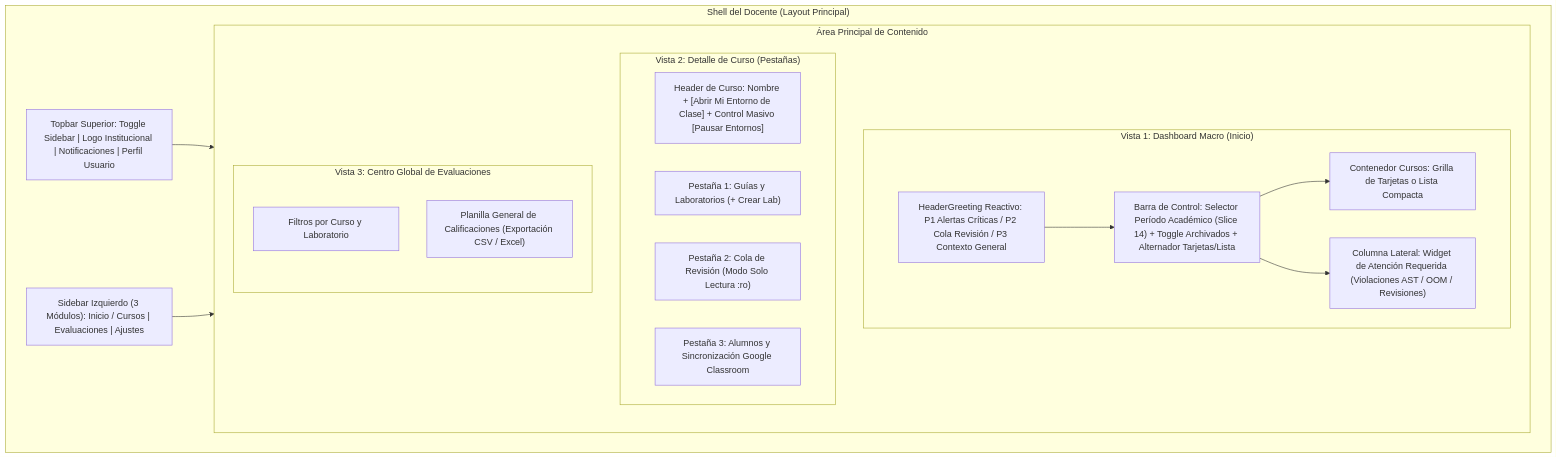
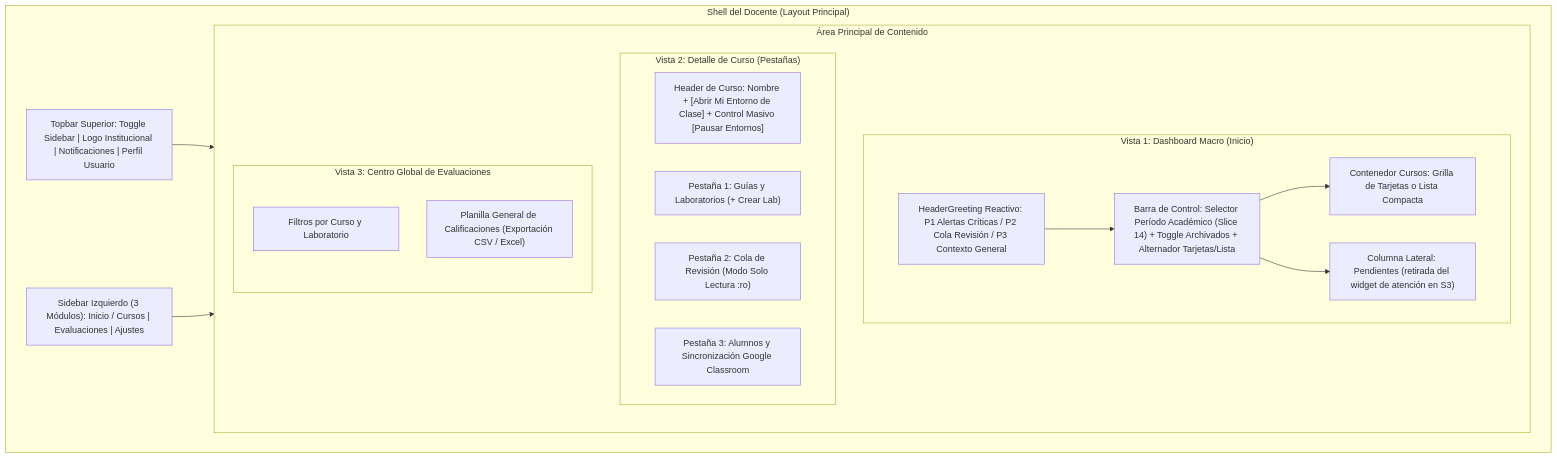
The diagram in docs/UI/DOCENTE/DASHBOARD.md (AlvaroRiveraCarhuani/SOLV_PG), drawn with Mermaid before and after one commit. The commit also changed 27 other files, not shown here.

````diff
--- a/docs/UI/DOCENTE/DASHBOARD.md
+++ b/docs/UI/DOCENTE/DASHBOARD.md
@@ -13,34 +13,34 @@
 ```mermaid
 graph TD
     subgraph ShellDocente ["Shell del Docente (Layout Principal)"]
         Topbar["Topbar Superior: Toggle Sidebar | Logo Institucional | Notificaciones | Perfil Usuario"]
         Sidebar["Sidebar Izquierdo (3 Módulos): Inicio / Cursos | Evaluaciones | Ajustes"]
         
         subgraph MainContent ["Área Principal de Contenido"]
             subgraph VistaDashboard ["Vista 1: Dashboard Macro (Inicio)"]
                 GreetingDocente["HeaderGreeting Reactivo: P1 Alertas Críticas / P2 Cola Revisión / P3 Contexto General"]
                 FiltrosHeader["Barra de Control: Selector Período Académico (Slice 14) + Toggle Archivados + Alternador Tarjetas/Lista"]
                 ColCursos["Contenedor Cursos: Grilla de Tarjetas o Lista Compacta"]
-                ColAtencion["Columna Lateral: Widget de Atención Requerida (Violaciones AST / OOM / Revisiones)"]
+                ColAtencion["Columna Lateral: Pendientes (retirada del widget de atención en S3)"]
             end
             
             subgraph VistaCursoDetail ["Vista 2: Detalle de Curso (Pestañas)"]
                 CursoHeader["Header de Curso: Nombre + [Abrir Mi Entorno de Clase] + Control Masivo [Pausar Entornos]"]
                 TabLabs["Pestaña 1: Guías y Laboratorios (+ Crear Lab)"]
                 TabRevision["Pestaña 2: Cola de Revisión (Modo Solo Lectura :ro)"]
                 TabAlumnos["Pestaña 3: Alumnos y Sincronización Google Classroom"]
             end
 
             subgraph VistaEvaluaciones ["Vista 3: Centro Global de Evaluaciones"]
                 FiltrosEval["Filtros por Curso y Laboratorio"]
                 MatrizNotas["Planilla General de Calificaciones (Exportación CSV / Excel)"]
             end
         end
     end
 
     Topbar --> MainContent
     Sidebar --> MainContent
     GreetingDocente --> FiltrosHeader
     FiltrosHeader --> ColCursos
     FiltrosHeader --> ColAtencion
 ```
````
